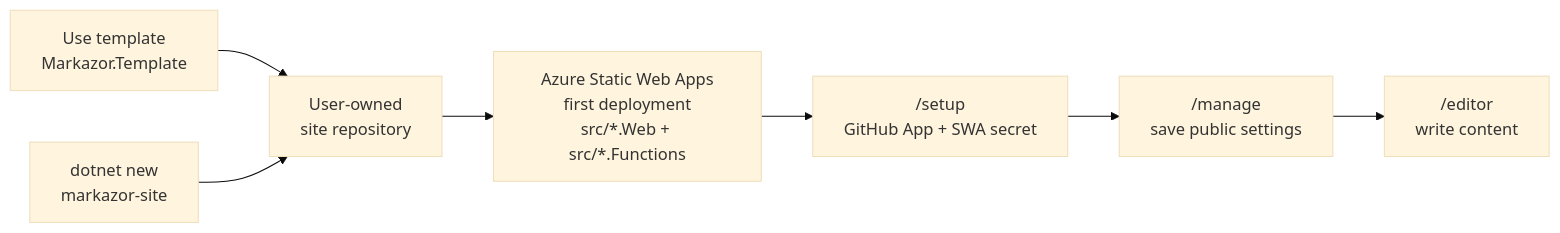
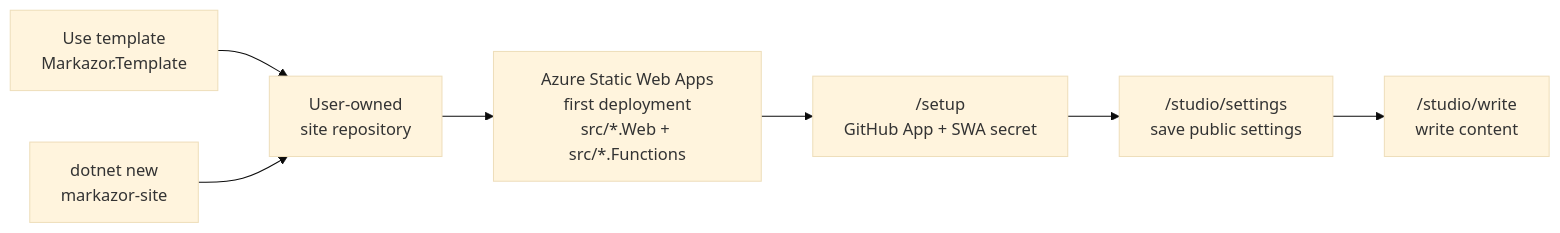
Before and after one commit to cloris-chan/Markazor: the first of 3 diagrams in README.md, drawn with Mermaid (base theme). The commit also changed other lines of this file and 15 other files, not shown here.

````diff
--- a/README.md
+++ b/README.md
@@ -65,9 +65,9 @@
 ```mermaid
 flowchart LR
     T["Use template<br/>Markazor.Template"] --> R["User-owned<br/>site repository"]
     N["dotnet new<br/>markazor-site"] --> R
     R --> A["Azure Static Web Apps<br/>first deployment<br/>src/*.Web + src/*.Functions"]
     A --> S["/setup<br/>GitHub App + SWA secret"]
-    S --> M["/manage<br/>save public settings"]
-    M --> E["/editor<br/>write content"]
+    S --> M["/studio/settings<br/>save public settings"]
+    M --> E["/studio/write<br/>write content"]
 ```
````
